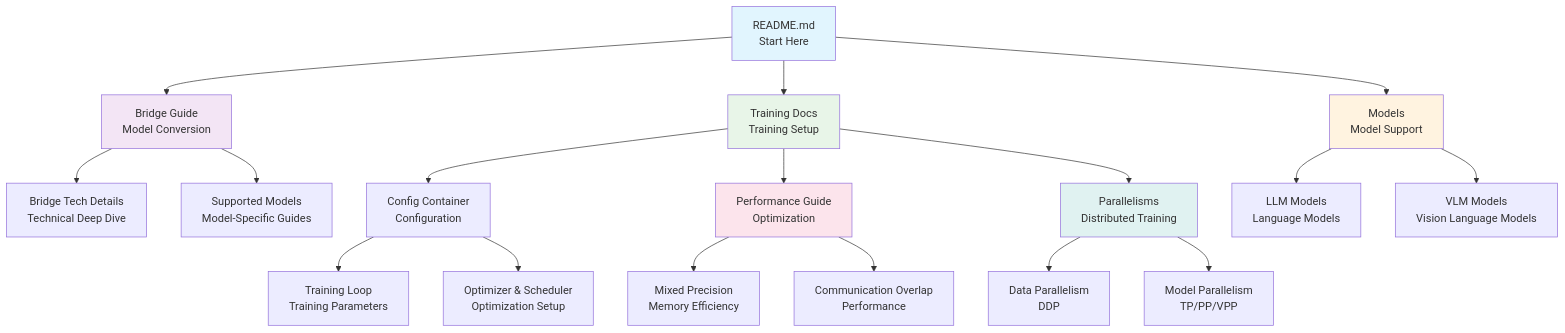
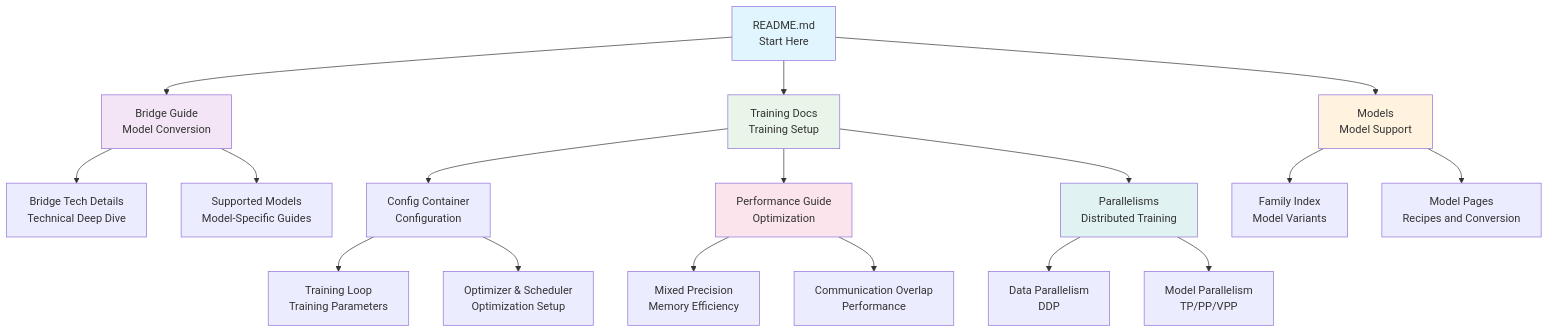
One commit to NVIDIA-NeMo/Megatron-Bridge changed the diagram in docs/README.md. Above: the diagram before and after it, drawn with Mermaid. The commit also changed other lines of this file and 67 other files, not shown here.

Commit message:
[docs] refactor: Organize model docs by family (#3908)

````diff
--- a/docs/README.md
+++ b/docs/README.md
@@ -220,32 +216,32 @@
 ```mermaid
 graph TD
     A[README.md<br/>Start Here] --> B[Bridge Guide<br/>Model Conversion]
     A --> C[Training Docs<br/>Training Setup]
     A --> D[Models<br/>Model Support]
     
     B --> E[Bridge Tech Details<br/>Technical Deep Dive]
     B --> F[Supported Models<br/>Model-Specific Guides]
     
     C --> G[Config Container<br/>Configuration]
     C --> H[Performance Guide<br/>Optimization]
     C --> I[Parallelisms<br/>Distributed Training]
     
     G --> J[Training Loop<br/>Training Parameters]
     G --> K[Optimizer & Scheduler<br/>Optimization Setup]
     
     H --> L[Mixed Precision<br/>Memory Efficiency]
     H --> M[Communication Overlap<br/>Performance]
     
     I --> N[Data Parallelism<br/>DDP]
     I --> O[Model Parallelism<br/>TP/PP/VPP]
     
-    D --> P[LLM Models<br/>Language Models]
-    D --> Q[VLM Models<br/>Vision Language Models]
+    D --> P[Family Index<br/>Model Variants]
+    D --> Q[Model Pages<br/>Recipes and Conversion]
     
     style A fill:#e1f5fe
     style B fill:#f3e5f5
     style C fill:#e8f5e8
     style D fill:#fff3e0
     style H fill:#fce4ec
     style I fill:#e0f2f1
 ```
````
